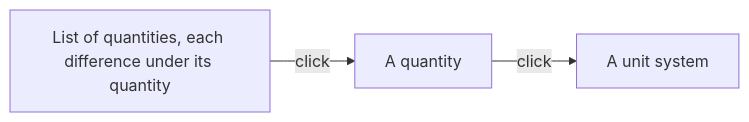
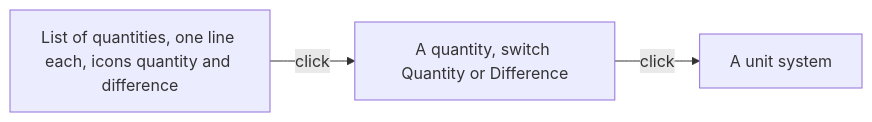
One commit to AlexandreGallais/synoptic-studio-spec changed diagram 13 of 16 in screens/metadata.md. Above: the diagram before and after it, drawn with Mermaid. The commit also changed other lines of this file and 4 other files, not shown here.

````diff
--- a/screens/metadata.md
+++ b/screens/metadata.md
@@ -446,5 +444,5 @@
 ```mermaid
 flowchart LR
-    L["List of quantities, each difference under its quantity"] -->|"click"| Q["A quantity"]
+    L["List of quantities, one line each, icons quantity and difference"] -->|"click"| Q["A quantity, switch Quantity or Difference"]
     Q -->|"click"| F["A unit system"]
 ```
````
